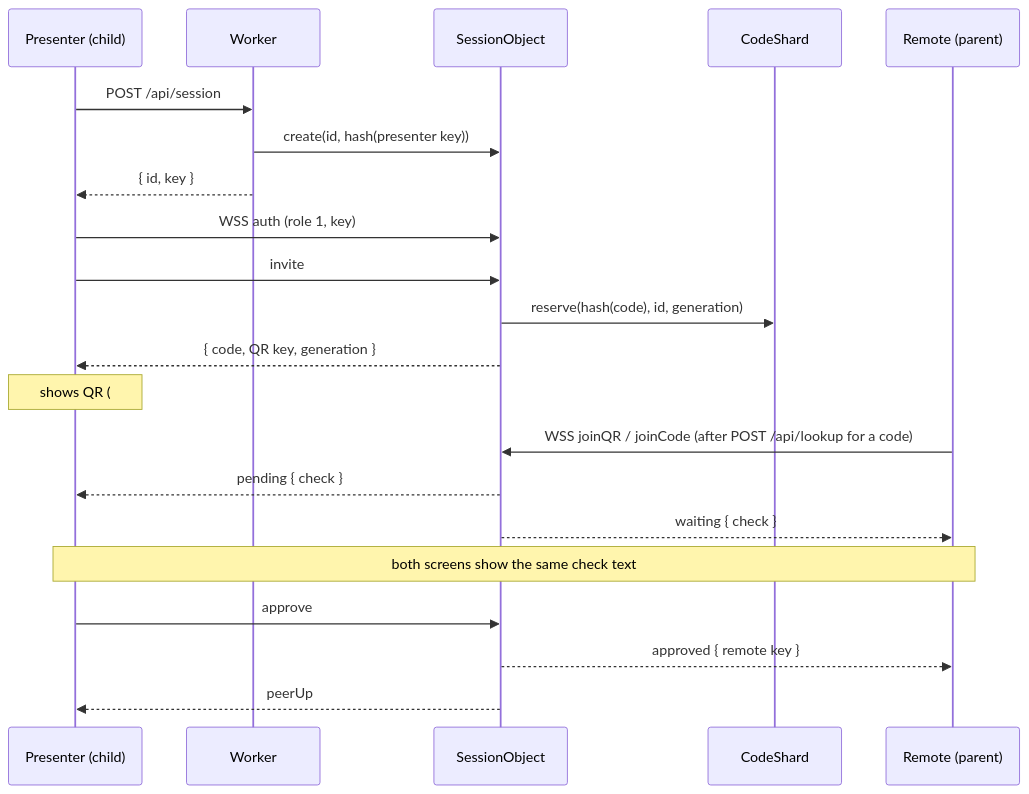
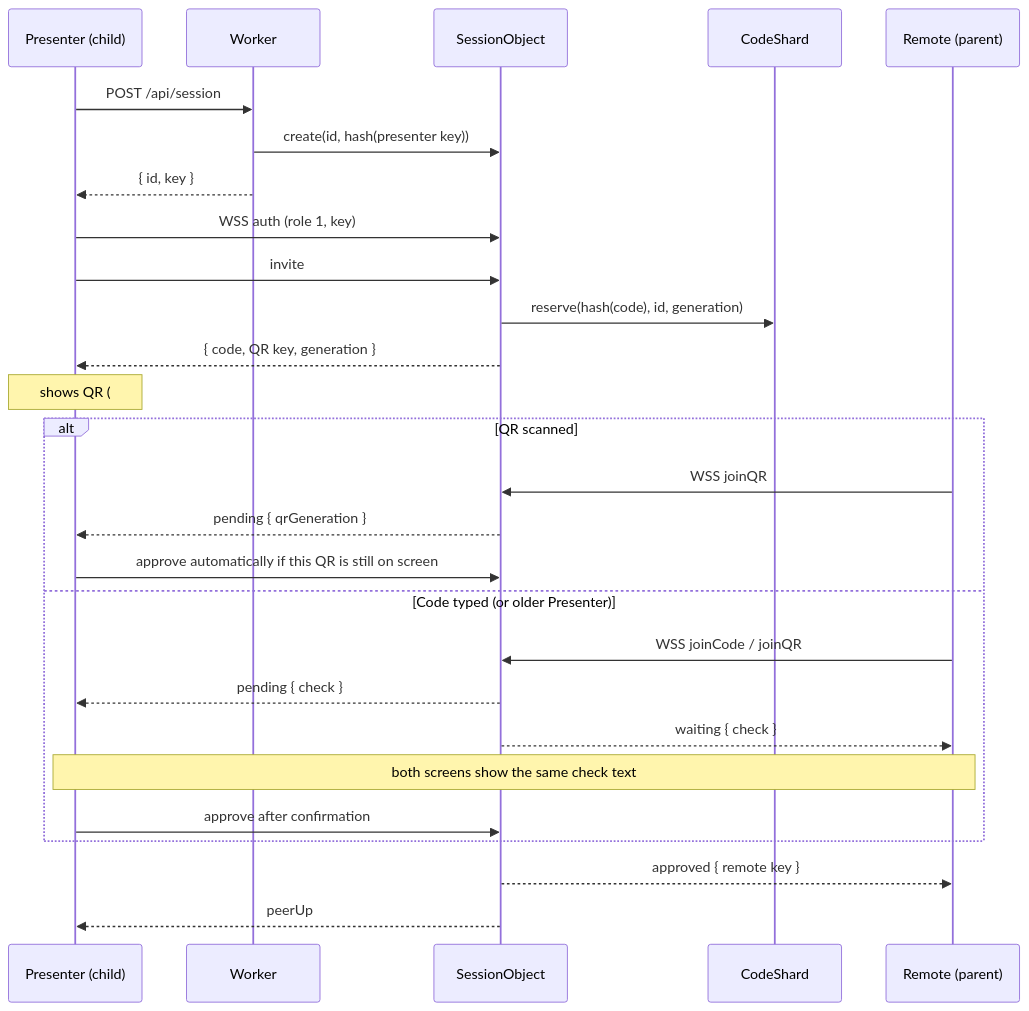
Before and after one commit to ainame/SpeedMath: the second of 2 diagrams in docs/architecture.md, drawn with Mermaid. The commit also changed other lines of this file and 9 other files, not shown here.

Commit message:
Pair automatically when the displayed QR code is scanned

````diff
--- a/docs/architecture.md
+++ b/docs/architecture.md
@@ -108,23 +108,29 @@
 ```mermaid
 sequenceDiagram
   participant P as Presenter (child)
   participant W as Worker
   participant S as SessionObject
   participant C as CodeShard
   participant R as Remote (parent)
   P->>W: POST /api/session
   W->>S: create(id, hash(presenter key))
   W-->>P: { id, key }
   P->>S: WSS auth (role 1, key)
   P->>S: invite
   S->>C: reserve(hash(code), id, generation)
   S-->>P: { code, QR key, generation }
   Note over P: shows QR (#/remote?invite=id.generation.key)<br/>and the typed code XXXX-XXXX-XXXX
-  R->>S: WSS joinQR / joinCode (after POST /api/lookup for a code)
-  S-->>P: pending { check }
-  S-->>R: waiting { check }
-  Note over P,R: both screens show the same check text
-  P->>S: approve
+  alt QR scanned
+    R->>S: WSS joinQR
+    S-->>P: pending { qrGeneration }
+    P->>S: approve automatically if this QR is still on screen
+  else Code typed (or older Presenter)
+    R->>S: WSS joinCode / joinQR
+    S-->>P: pending { check }
+    S-->>R: waiting { check }
+    Note over P,R: both screens show the same check text
+    P->>S: approve after confirmation
+  end
   S-->>R: approved { remote key }
   S-->>P: peerUp
 ```
````
